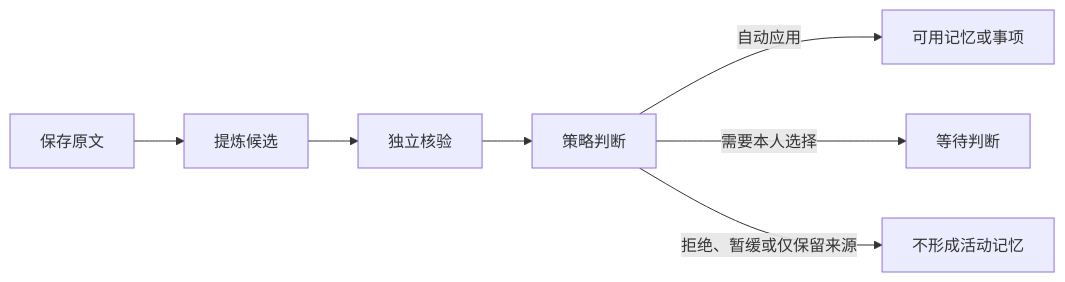
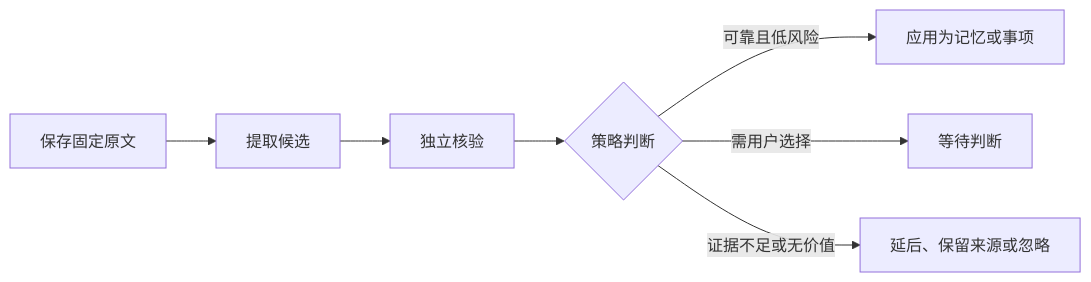
One commit to lejunyang/omem changed the diagram in .repo-review/knowledge/articles/d4de0ea627a2bb808daffc14026246c2dbde153c0450431a2116482269c8270c.md. Above: the diagram before and after it, drawn with Mermaid. The commit also changed other lines of this file and 1 other file, not shown here.

````diff
--- a/.repo-review/knowledge/articles/d4de0ea627a2bb808daffc14026246c2dbde153c0450431a2116482269c8270c.md
+++ b/.repo-review/knowledge/articles/d4de0ea627a2bb808daffc14026246c2dbde153c0450431a2116482269c8270c.md
@@ -21,9 +21,9 @@
 ```mermaid
 flowchart LR
-  A[保存原文] --> B[提炼候选]
+  A[保存固定原文] --> B[提取候选]
   B --> C[独立核验]
-  C --> D[策略判断]
-  D -->|自动应用| E[可用记忆或事项]
-  D -->|需要本人选择| F[等待判断]
-  D -->|拒绝、暂缓或仅保留来源| G[不形成活动记忆]
+  C --> D{策略判断}
+  D -->|可靠且低风险| E[应用为记忆或事项]
+  D -->|需用户选择| F[等待判断]
+  D -->|证据不足或无价值| G[延后、保留来源或忽略]
 ```
````
